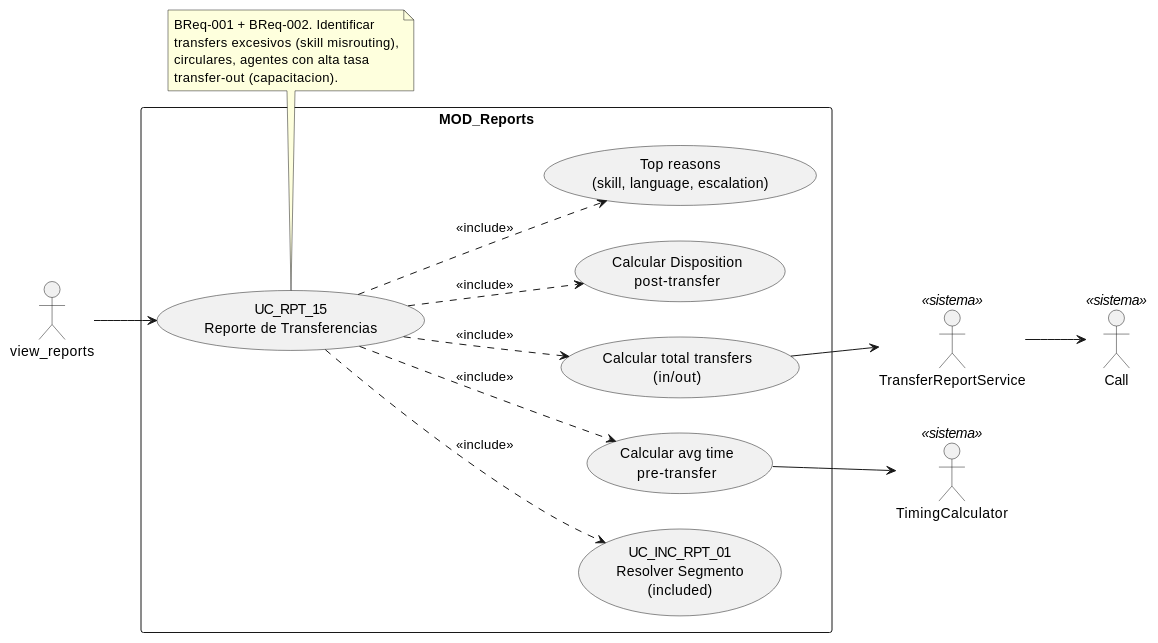
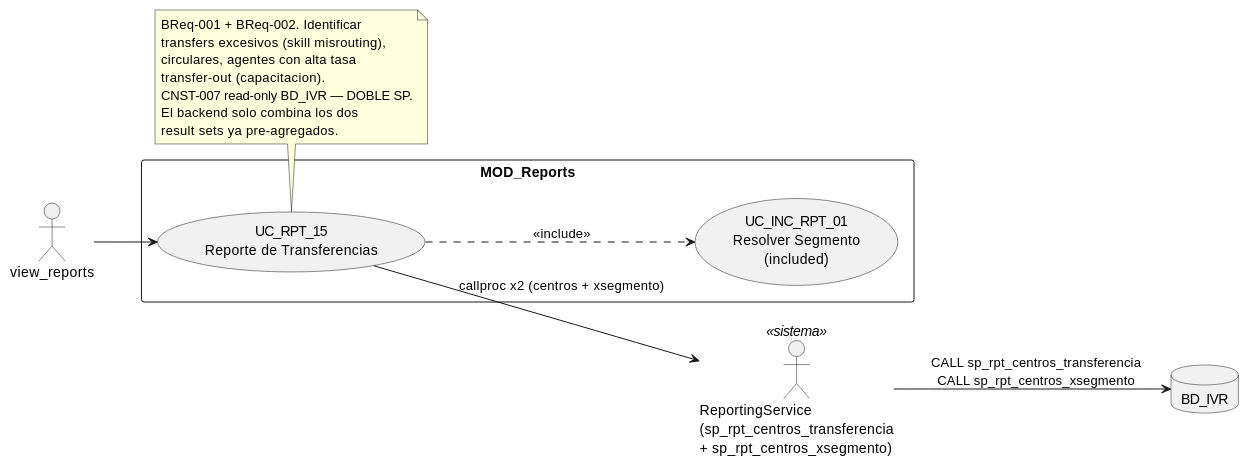
The diagram in source/requisitos/casos-uso/reports/uc-rpt-15/diagramas-uml/diagrama-de-caso-de-uso.rst (jcg-admin/IACT-docs), drawn with PlantUML before and after one commit. The commit also changed 8 other files, not shown here.

```diff
--- a/source/requisitos/casos-uso/reports/uc-rpt-15/diagramas-uml/diagrama-de-caso-de-uso.rst
+++ b/source/requisitos/casos-uso/reports/uc-rpt-15/diagramas-uml/diagrama-de-caso-de-uso.rst
@@ -4,40 +4,32 @@
 .. uml::
  :caption: UC_RPT_15 — actores y casos asociados
 
  @startuml
 
  left to right direction
 
  actor "view_reports" as INVOKER
- actor "TransferReportService" as SVC <<sistema>>
- actor "Call" as CALL <<sistema>>
- actor "TimingCalculator" as TC <<sistema>>
+ actor "ReportingService\n(sp_rpt_centros_transferencia\n+ sp_rpt_centros_xsegmento)" as SP <<sistema>>
+ database "BD_IVR" as BDIVR
 
  rectangle "MOD_Reports" {
    usecase "UC_RPT_15\nReporte de Transferencias" as UC_RPT_15
    usecase "UC_INC_RPT_01\nResolver Segmento\n(included)" as UC_INC_RPT_01
-   usecase "Calcular total transfers\n(in/out)" as METRIC_TOTAL
-   usecase "Calcular avg time\npre-transfer" as METRIC_PRETIME
-   usecase "Calcular Disposition\npost-transfer" as METRIC_POST
-   usecase "Top reasons\n(skill, language, escalation)" as METRIC_REASONS
  }
 
  INVOKER --> UC_RPT_15
  UC_RPT_15 ..> UC_INC_RPT_01 : <<include>>
- UC_RPT_15 ..> METRIC_TOTAL : <<include>>
- UC_RPT_15 ..> METRIC_PRETIME : <<include>>
- UC_RPT_15 ..> METRIC_POST : <<include>>
- UC_RPT_15 ..> METRIC_REASONS : <<include>>
-
- METRIC_TOTAL --> SVC
- SVC --> CALL
- METRIC_PRETIME --> TC
+ UC_RPT_15 --> SP : callproc x2 (centros + xsegmento)
+ SP --> BDIVR : CALL sp_rpt_centros_transferencia\nCALL sp_rpt_centros_xsegmento
 
  note bottom of UC_RPT_15
    BReq-001 + BReq-002. Identificar
    transfers excesivos (skill misrouting),
    circulares, agentes con alta tasa
    transfer-out (capacitacion).
+   CNST-007 read-only BD_IVR — DOBLE SP.
+   El backend solo combina los dos
+   result sets ya pre-agregados.
  end note
 
  @enduml
```
